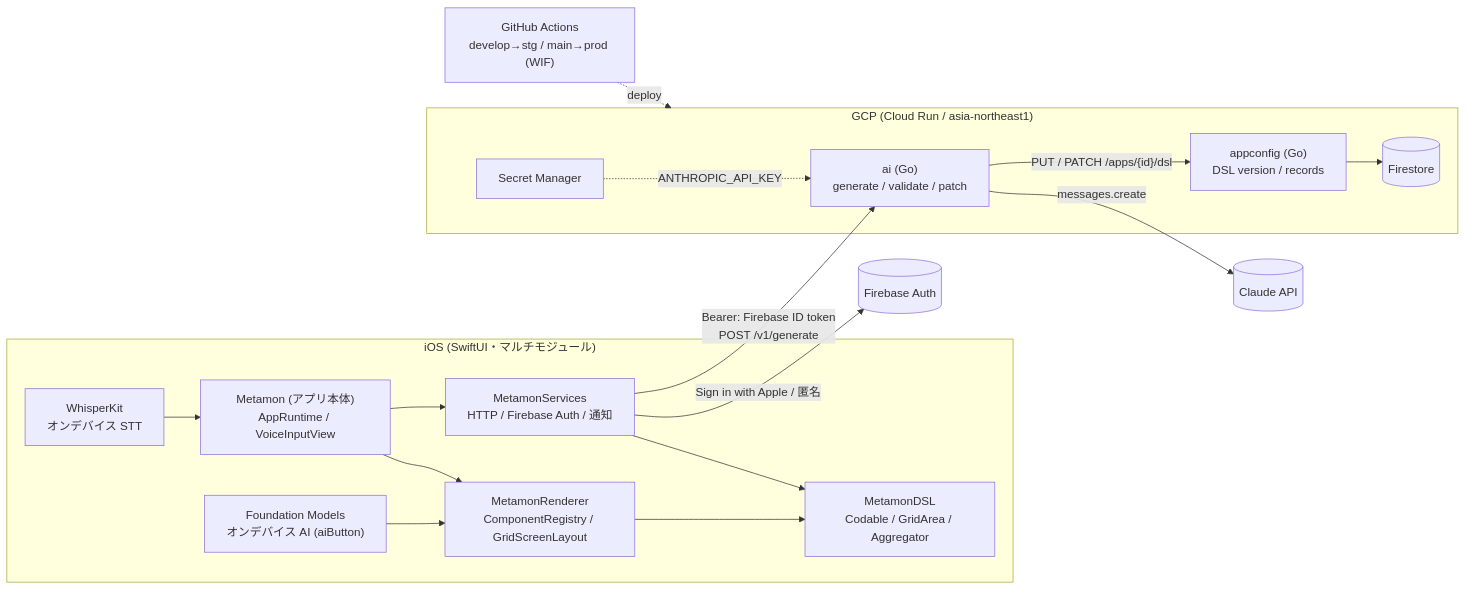
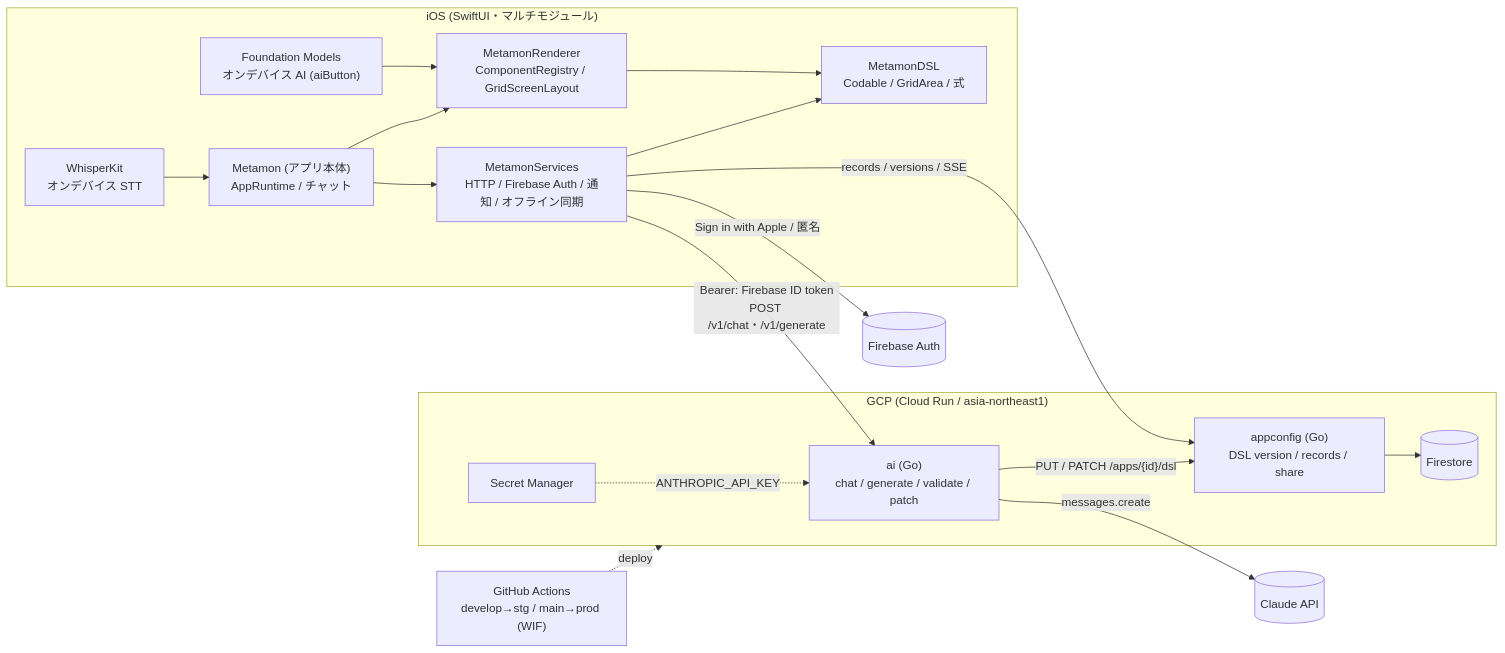
One commit to jphacks/kz_2601 changed the second of 2 diagrams in README.md. Above: the diagram before and after it, drawn with Mermaid. The commit also changed other lines of this file and 8 other files, not shown here.

````diff
--- a/README.md
+++ b/README.md
@@ -182,24 +242,25 @@
 ```mermaid
 flowchart LR
   subgraph iOS["iOS (SwiftUI・マルチモジュール)"]
-    W["WhisperKit<br/>オンデバイス STT"] --> App["Metamon (アプリ本体)<br/>AppRuntime / VoiceInputView"]
+    W["WhisperKit<br/>オンデバイス STT"] --> App["Metamon (アプリ本体)<br/>AppRuntime / チャット"]
     FM["Foundation Models<br/>オンデバイス AI (aiButton)"] --> Ren
     App --> Ren["MetamonRenderer<br/>ComponentRegistry / GridScreenLayout"]
-    App --> Svc["MetamonServices<br/>HTTP / Firebase Auth / 通知"]
-    Ren --> DSL["MetamonDSL<br/>Codable / GridArea / Aggregator"]
+    App --> Svc["MetamonServices<br/>HTTP / Firebase Auth / 通知 / オフライン同期"]
+    Ren --> DSL["MetamonDSL<br/>Codable / GridArea / 式"]
     Svc --> DSL
   end
   subgraph GCP["GCP (Cloud Run / asia-northeast1)"]
-    AI["ai (Go)<br/>generate / validate / patch"]
-    AC["appconfig (Go)<br/>DSL version / records"]
+    AI["ai (Go)<br/>chat / generate / validate / patch"]
+    AC["appconfig (Go)<br/>DSL version / records / share"]
     FS[("Firestore")]
     SM["Secret Manager"]
   end
-  Svc -- "Bearer: Firebase ID token<br/>POST /v1/generate" --> AI
+  Svc -- "Bearer: Firebase ID token<br/>POST /v1/chat・/v1/generate" --> AI
+  Svc -- "records / versions / SSE" --> AC
   AI -- "PUT / PATCH /apps/{id}/dsl" --> AC
   AC --> FS
   AI -- "messages.create" --> CL[(Claude API)]
   SM -. ANTHROPIC_API_KEY .-> AI
   Svc -- "Sign in with Apple / 匿名" --> FA[(Firebase Auth)]
   GH["GitHub Actions<br/>develop→stg / main→prod (WIF)"] -. deploy .-> GCP
 ```
````
